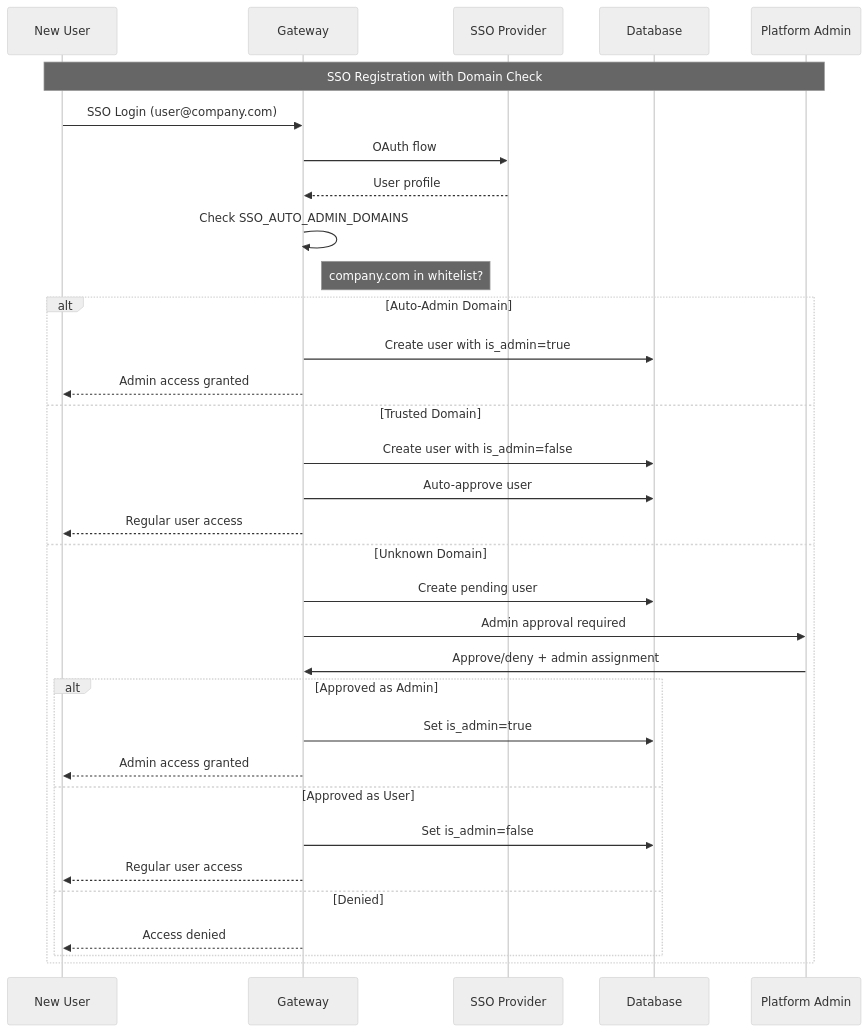
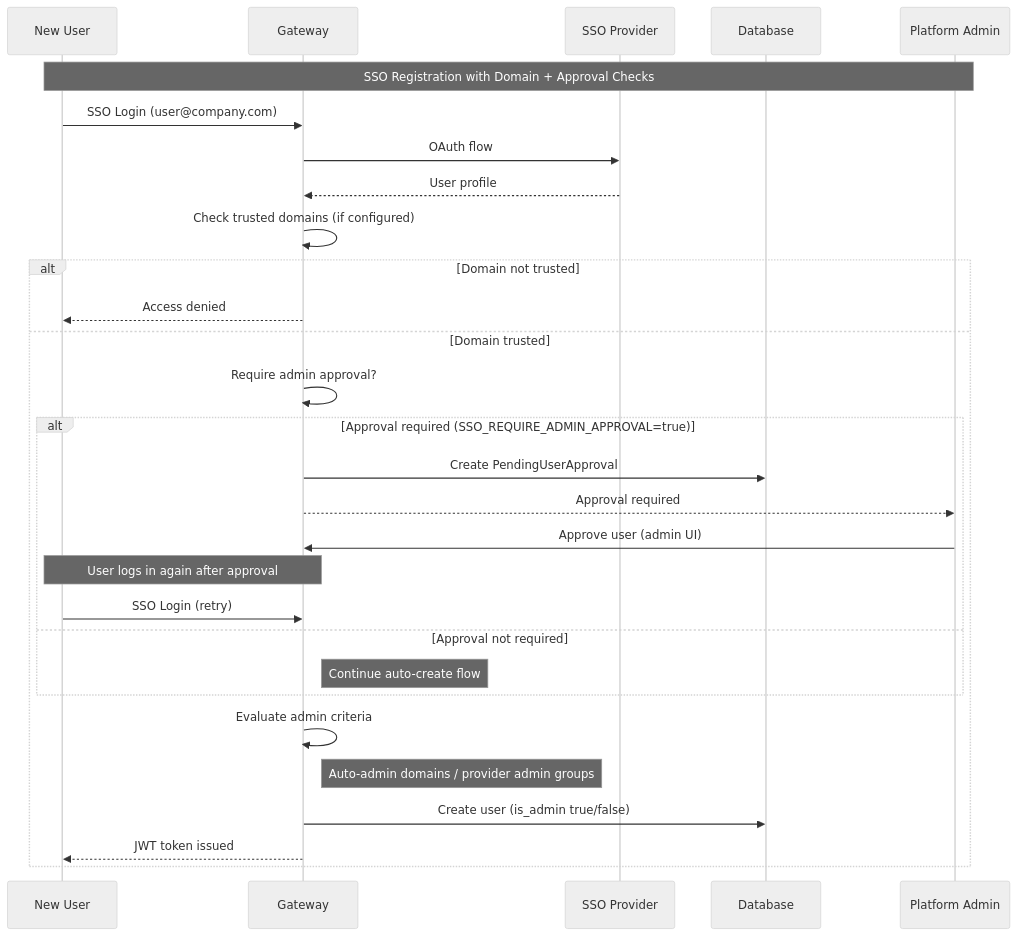
One commit to tedhabeck/mcp-context-forge changed the tenth of 16 diagrams in docs/docs/architecture/multitenancy.md. Above: the diagram before and after it, drawn with Mermaid (neutral theme). The commit also changed other lines of this file and 147 other files, not shown here.

First line of the commit message:
docs: refresh docs formatting, links, and diagrams (#2624)

````diff
--- a/docs/docs/architecture/multitenancy.md
+++ b/docs/docs/architecture/multitenancy.md
@@ -560,38 +584,34 @@
 ```mermaid
 sequenceDiagram
     participant U as New User
     participant G as Gateway
     participant SSO as SSO Provider
     participant DB as Database
     participant A as Platform Admin
 
-    Note over U,A: SSO Registration with Domain Check
+    Note over U,A: SSO Registration with Domain + Approval Checks
     U->>G: SSO Login (user@company.com)
     G->>SSO: OAuth flow
     SSO-->>G: User profile
 
-    G->>G: Check SSO_AUTO_ADMIN_DOMAINS
-    Note right of G: company.com in whitelist?
+    G->>G: Check trusted domains (if configured)
+    alt Domain not trusted
+        G-->>U: Access denied
+    else Domain trusted
+        G->>G: Require admin approval?
+        alt Approval required (SSO_REQUIRE_ADMIN_APPROVAL=true)
+            G->>DB: Create PendingUserApproval
+            G-->>A: Approval required
+            A->>G: Approve user (admin UI)
+            Note over U,G: User logs in again after approval
+            U->>G: SSO Login (retry)
+        else Approval not required
+            Note right of G: Continue auto-create flow
+        end
 
-    alt Auto-Admin Domain
-        G->>DB: Create user with is_admin=true
-        G-->>U: Admin access granted
-    else Trusted Domain
-        G->>DB: Create user with is_admin=false
-        G->>DB: Auto-approve user
-        G-->>U: Regular user access
-    else Unknown Domain
-        G->>DB: Create pending user
-        G->>A: Admin approval required
-        A->>G: Approve/deny + admin assignment
-        alt Approved as Admin
-            G->>DB: Set is_admin=true
-            G-->>U: Admin access granted
-        else Approved as User
-            G->>DB: Set is_admin=false
-            G-->>U: Regular user access
-        else Denied
-            G-->>U: Access denied
-        end
+        G->>G: Evaluate admin criteria
+        Note right of G: Auto-admin domains / provider admin groups
+        G->>DB: Create user (is_admin true/false)
+        G-->>U: JWT token issued
     end
 ```
````
